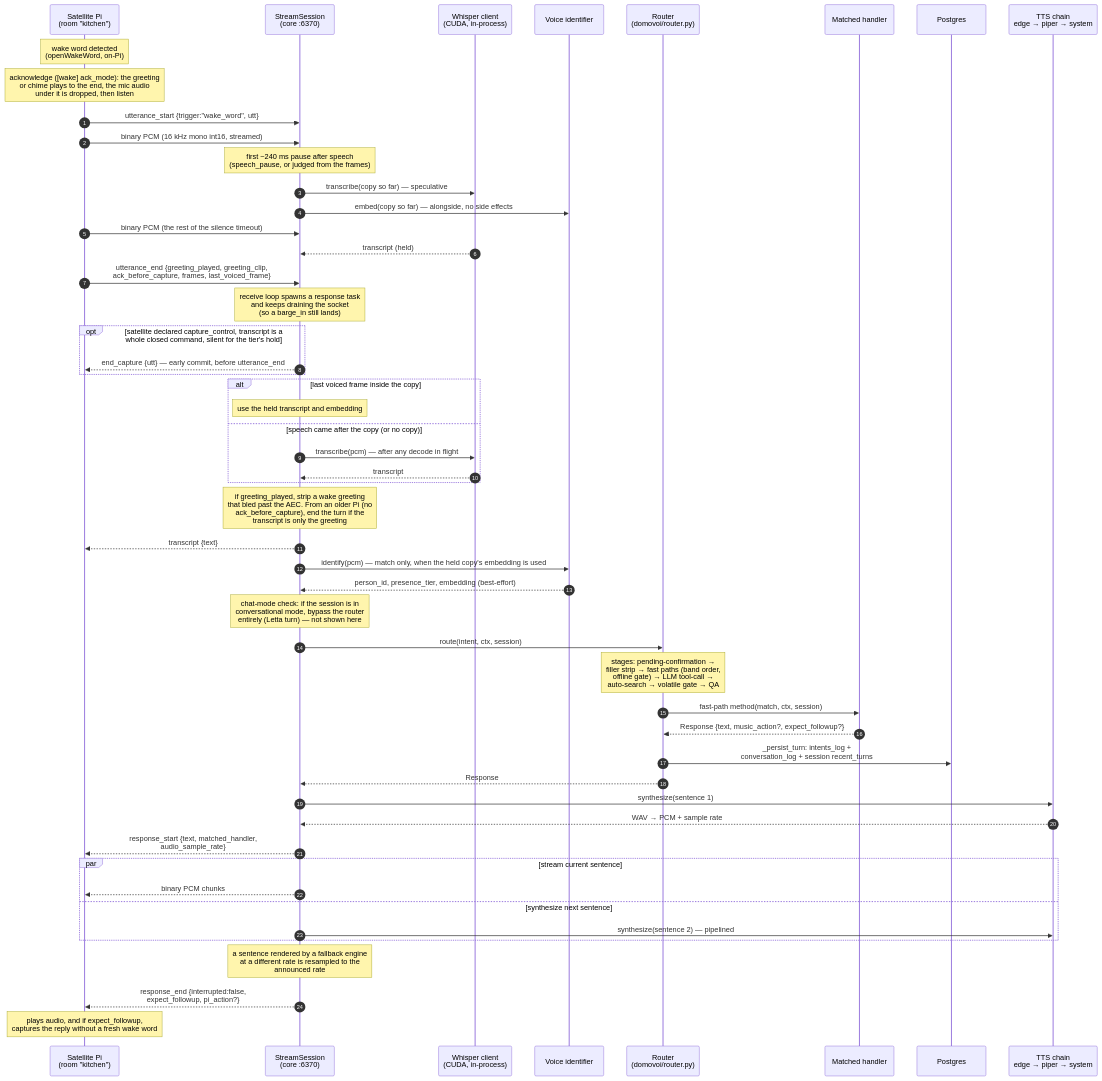
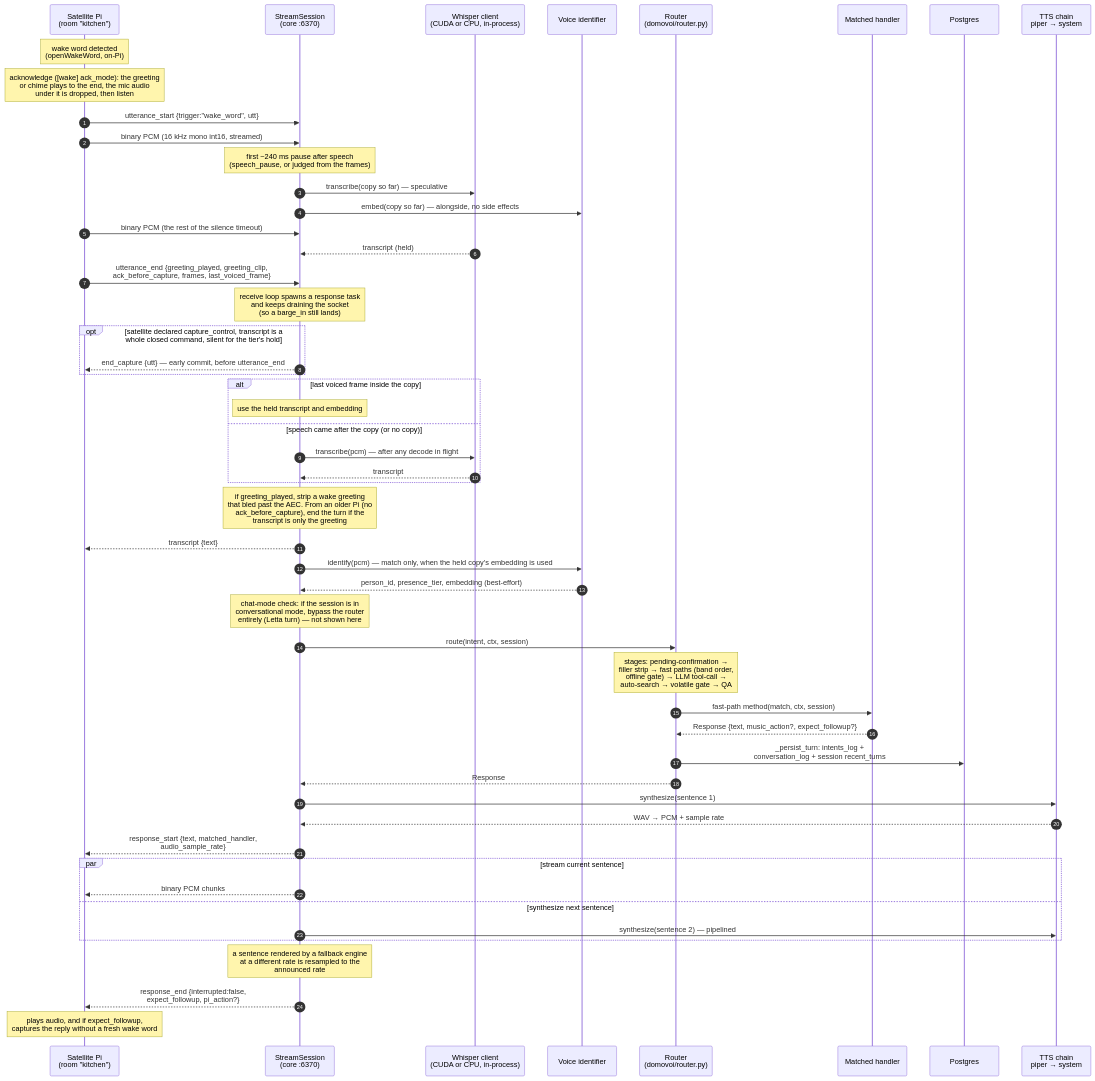
One commit to coders-farm-official/domovoi changed the first of 2 diagrams in docs/uml/voice-turn.md. Above: the diagram before and after it, drawn with Mermaid. The commit also changed other lines of this file and 9 other files, not shown here.

Commit message:
Docs: apply the architecture, diagram, Home Assistant, API prose and container guard edits, with the chat drafts, letters and voice documents sections [skip ci]

````diff
--- a/docs/uml/voice-turn.md
+++ b/docs/uml/voice-turn.md
@@ -16,60 +16,60 @@
 ```mermaid
 sequenceDiagram
     autonumber
     participant Pi as Satellite Pi<br/>(room "kitchen")
     participant WS as StreamSession<br/>(core :6370)
-    participant STT as Whisper client<br/>(CUDA, in-process)
+    participant STT as Whisper client<br/>(CUDA or CPU, in-process)
     participant VID as Voice identifier
     participant R as Router<br/>(domovoi/router.py)
     participant H as Matched handler
     participant DB as Postgres
-    participant TTS as TTS chain<br/>edge → piper → system
+    participant TTS as TTS chain<br/>piper → system
 
     Note over Pi: wake word detected<br/>(openWakeWord, on-Pi)
     Note over Pi: acknowledge ([wake] ack_mode): the greeting<br/>or chime plays to the end, the mic audio<br/>under it is dropped, then listen
     Pi->>WS: utterance_start {trigger:"wake_word", utt}
     Pi->>WS: binary PCM (16 kHz mono int16, streamed)
     Note over WS: first ~240 ms pause after speech<br/>(speech_pause, or judged from the frames)
     WS->>STT: transcribe(copy so far) — speculative
     WS->>VID: embed(copy so far) — alongside, no side effects
     Pi->>WS: binary PCM (the rest of the silence timeout)
     STT-->>WS: transcript (held)
     Pi->>WS: utterance_end {greeting_played, greeting_clip,<br/>ack_before_capture, frames, last_voiced_frame}
     Note over WS: receive loop spawns a response task<br/>and keeps draining the socket<br/>(so a barge_in still lands)
 
     opt satellite declared capture_control, transcript is a<br/>whole closed command, silent for the tier's hold
         WS-->>Pi: end_capture {utt} — early commit, before utterance_end
     end
     alt last voiced frame inside the copy
         Note over WS: use the held transcript and embedding
     else speech came after the copy (or no copy)
         WS->>STT: transcribe(pcm) — after any decode in flight
         STT-->>WS: transcript
     end
     Note over WS: if greeting_played, strip a wake greeting<br/>that bled past the AEC. From an older Pi (no<br/>ack_before_capture), end the turn if the<br/>transcript is only the greeting
     WS-->>Pi: transcript {text}
 
     WS->>VID: identify(pcm) — match only, when the held copy's embedding is used
     VID-->>WS: person_id, presence_tier, embedding (best-effort)
 
     Note over WS: chat-mode check: if the session is in<br/>conversational mode, bypass the router<br/>entirely (Letta turn) — not shown here
 
     WS->>R: route(intent, ctx, session)
     Note over R: stages: pending-confirmation →<br/>filler strip → fast paths (band order,<br/>offline gate) → LLM tool-call →<br/>auto-search → volatile gate → QA
     R->>H: fast-path method(match, ctx, session)
     H-->>R: Response {text, music_action?, expect_followup?}
     R->>DB: _persist_turn: intents_log +<br/>conversation_log + session recent_turns
     R-->>WS: Response
 
     WS->>TTS: synthesize(sentence 1)
     TTS-->>WS: WAV → PCM + sample rate
     WS-->>Pi: response_start {text, matched_handler,<br/>audio_sample_rate}
     par stream current sentence
         WS-->>Pi: binary PCM chunks
     and synthesize next sentence
         WS->>TTS: synthesize(sentence 2) — pipelined
     end
     Note over WS: a sentence rendered by a fallback engine<br/>at a different rate is resampled to the<br/>announced rate
     WS-->>Pi: response_end {interrupted:false,<br/>expect_followup, pi_action?}
     Note over Pi: plays audio, and if expect_followup,<br/>captures the reply without a fresh wake word
 ```
````
